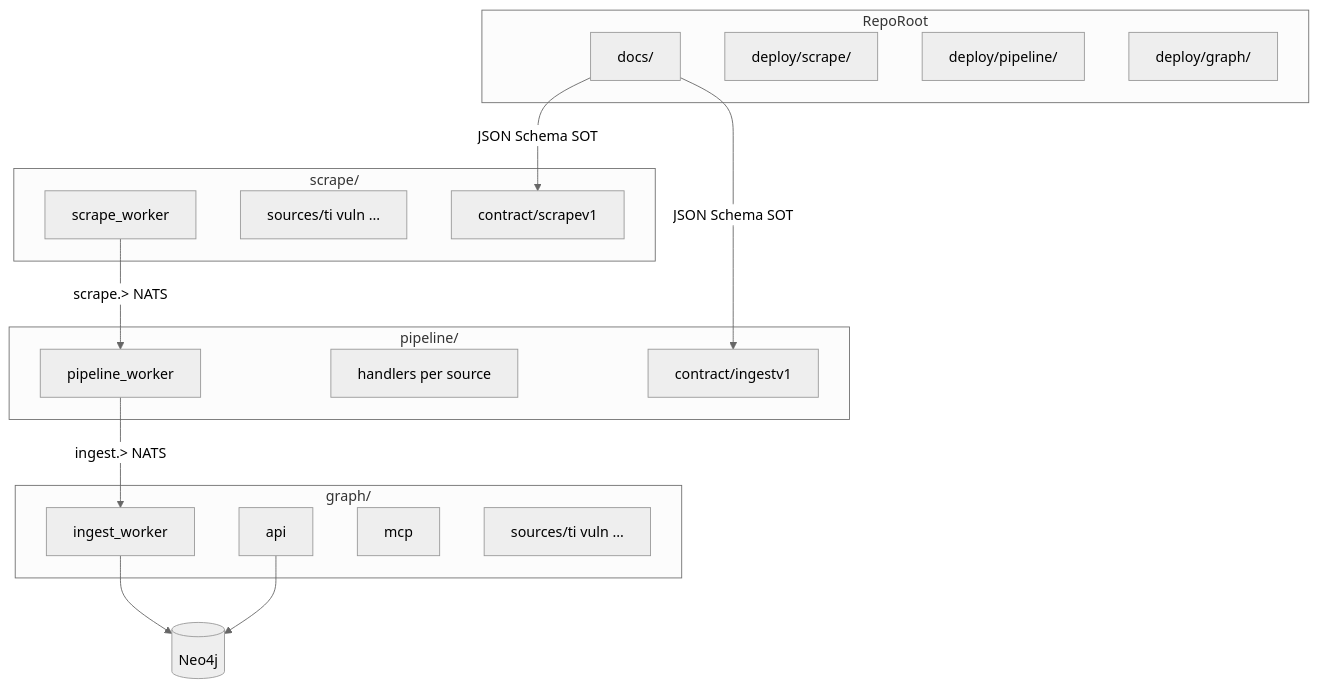
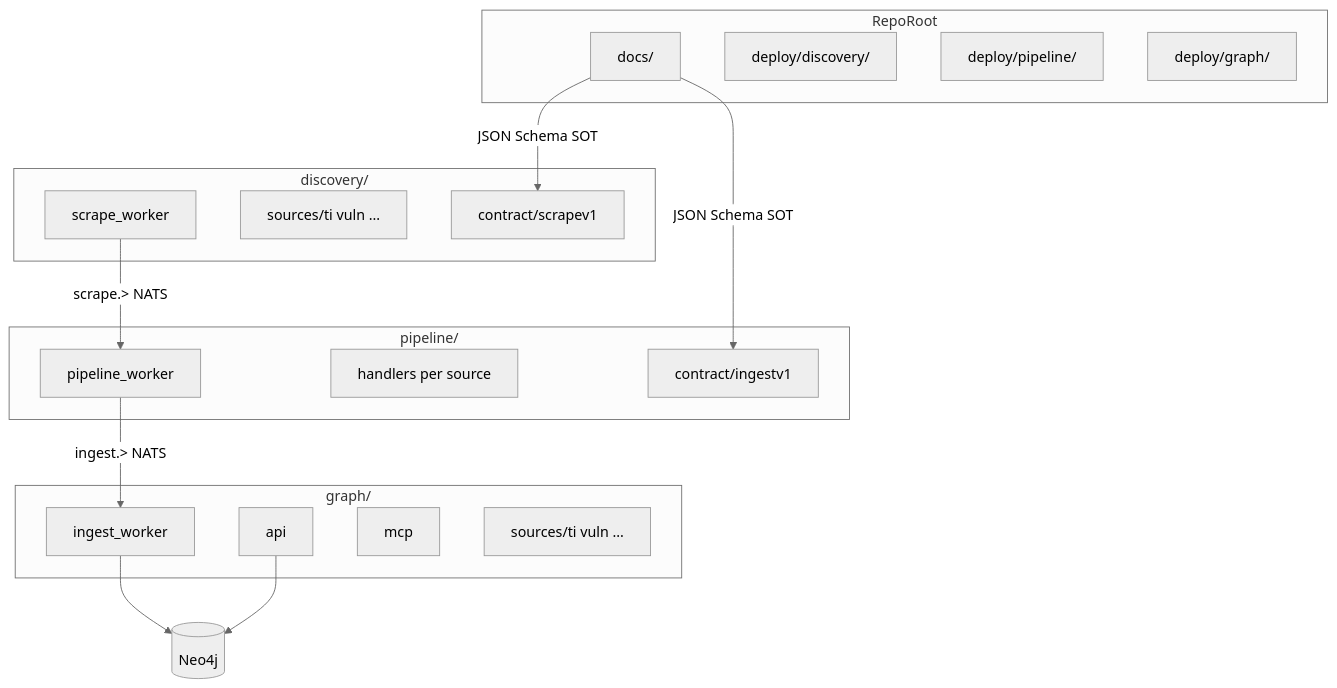
Before and after one commit to butbeautifulv/threat_intelligence: the first of 2 diagrams in .cursor/plans/archive/veil_standardization_1a21dc00.plan.md, drawn with Mermaid (neutral theme). The commit also changed other lines of this file and 210 other files, not shown here.

Commit message:
refactor(platform): P8h rename scrape/ to discovery/

````diff
--- a/.cursor/plans/archive/veil_standardization_1a21dc00.plan.md
+++ b/.cursor/plans/archive/veil_standardization_1a21dc00.plan.md
@@ -35,31 +35,31 @@
 ```mermaid
 flowchart TB
   subgraph root [RepoRoot]
     Docs[docs/]
-    DeployScrape[deploy/scrape/]
+    DeployScrape[deploy/discovery/]
     DeployPipe[deploy/pipeline/]
     DeployGraph[deploy/graph/]
   end
-  subgraph scrapeCtx [scrape/]
+  subgraph scrapeCtx [discovery/]
     SW[scrape_worker]
     Sources[sources/ti vuln ...]
     ScrapeContract[contract/scrapev1]
   end
   subgraph pipeCtx [pipeline/]
     PW[pipeline_worker]
     Handlers[handlers per source]
     IngestContract[contract/ingestv1]
   end
   subgraph graphCtx [graph/]
     IW[ingest_worker]
     API[api]
     MCP[mcp]
     Writers[sources/ti vuln ...]
   end
   Docs -->|"JSON Schema SOT"| ScrapeContract
   Docs -->|"JSON Schema SOT"| IngestContract
   SW -->|"scrape.> NATS"| PW
   PW -->|"ingest.> NATS"| IW
   IW --> Neo4j[(Neo4j)]
   API --> Neo4j
 ```
````
